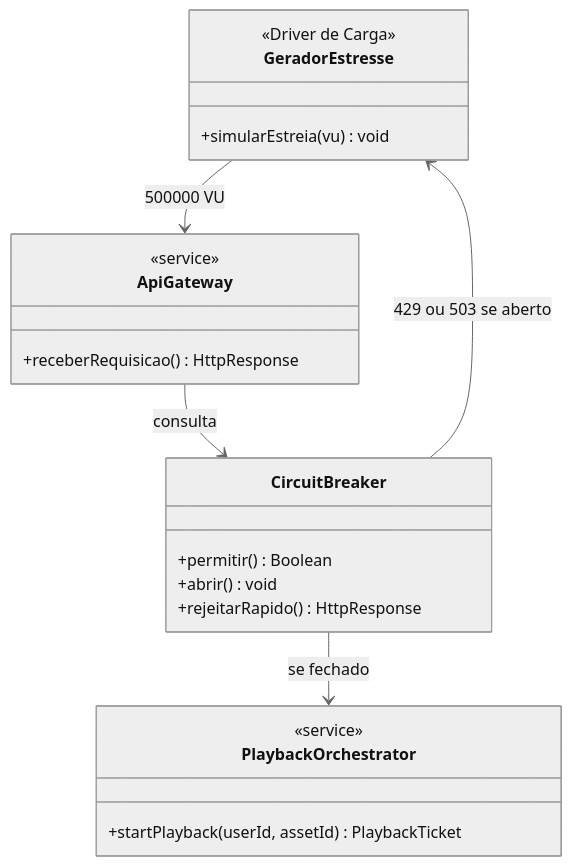
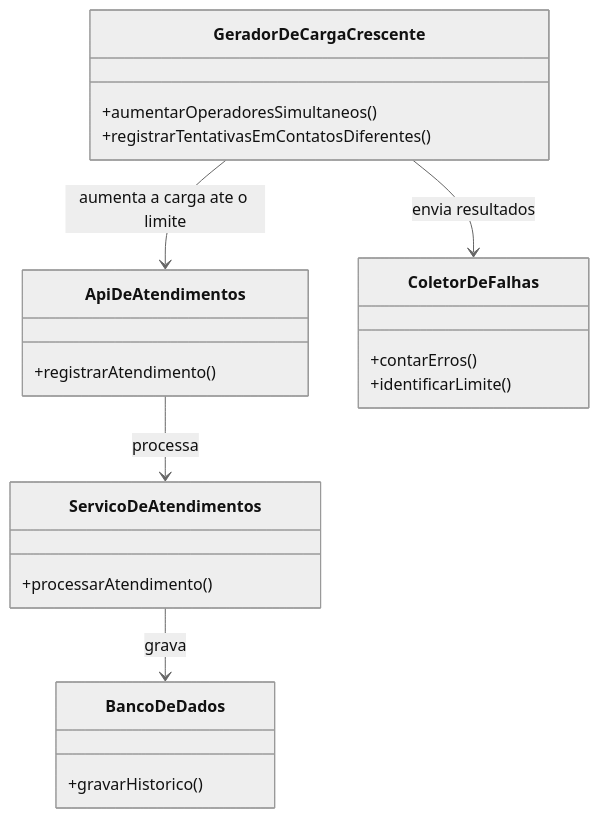
One commit to DiogoBAguiar/atividade-testes-software changed diagram 13 of 14 in README.md. Above: the diagram before and after it, drawn with Mermaid (neutral theme). The commit also changed other lines of this file and 37 other files, not shown here.

````diff
--- a/README.md
+++ b/README.md
@@ -881,28 +425,25 @@
 ```mermaid
 classDiagram
-    class GeradorEstresse {
-        <<Driver de Carga>>
-        +simularEstreia(vu) void
+    class GeradorDeCargaCrescente {
+        +aumentarOperadoresSimultaneos()
+        +registrarTentativasEmContatosDiferentes()
+    }
+    class ApiDeAtendimentos {
+        +registrarAtendimento()
+    }
+    class ServicoDeAtendimentos {
+        +processarAtendimento()
+    }
+    class BancoDeDados {
+        +gravarHistorico()
+    }
+    class ColetorDeFalhas {
+        +contarErros()
+        +identificarLimite()
     }
 
-    class ApiGateway {
-        <<service>>
-        +receberRequisicao() HttpResponse
-    }
-
-    class CircuitBreaker {
-        +permitir() Boolean
-        +abrir() void
-        +rejeitarRapido() HttpResponse
-    }
-
-    class PlaybackOrchestrator {
-        <<service>>
-        +startPlayback(userId, assetId) PlaybackTicket
-    }
-
-    GeradorEstresse --> ApiGateway : 500000 VU
-    ApiGateway --> CircuitBreaker : consulta
-    CircuitBreaker --> PlaybackOrchestrator : se fechado
-    CircuitBreaker --> GeradorEstresse : 429 ou 503 se aberto
+    GeradorDeCargaCrescente --> ApiDeAtendimentos : aumenta a carga ate o limite
+    ApiDeAtendimentos --> ServicoDeAtendimentos : processa
+    ServicoDeAtendimentos --> BancoDeDados : grava
+    GeradorDeCargaCrescente --> ColetorDeFalhas : envia resultados
 ```
````
